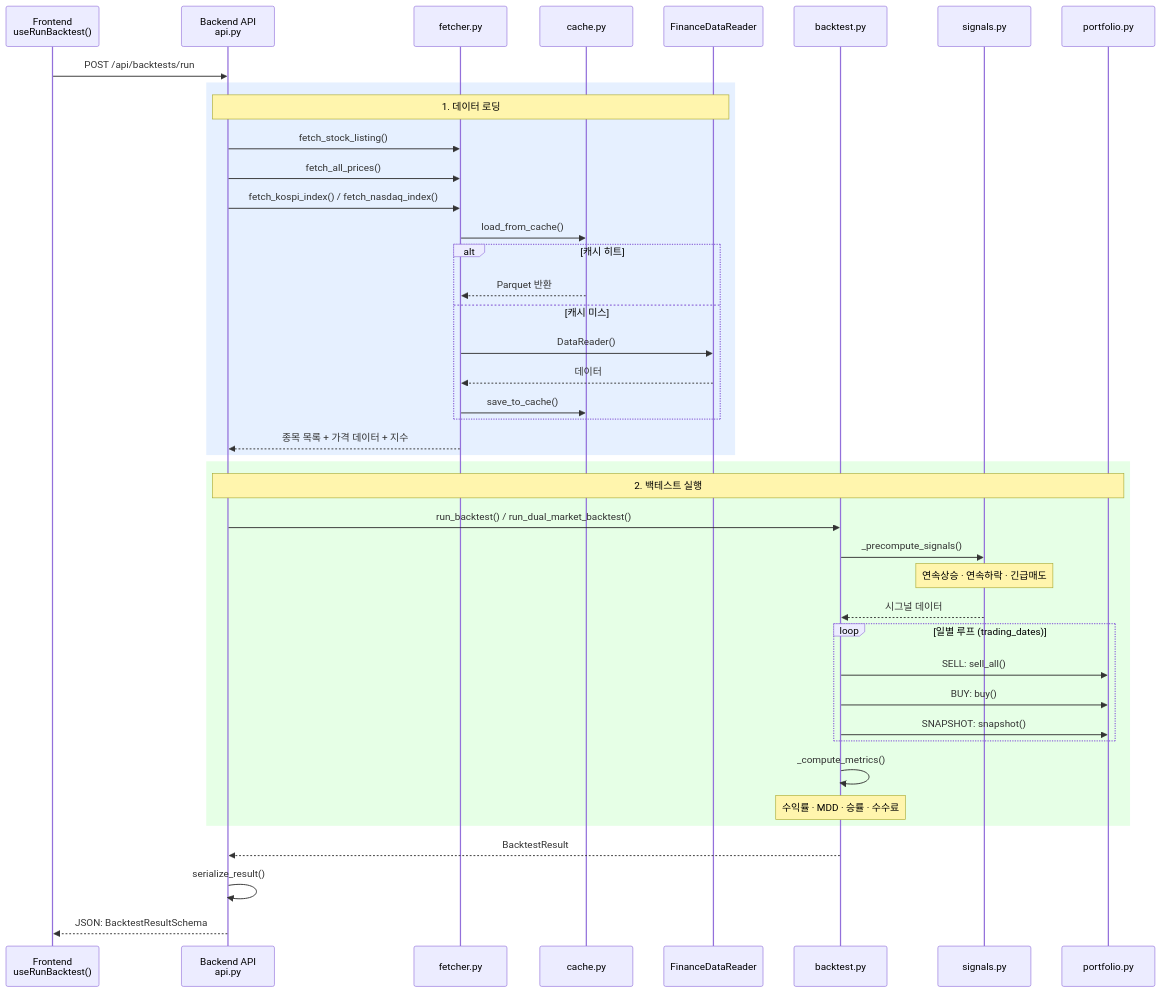
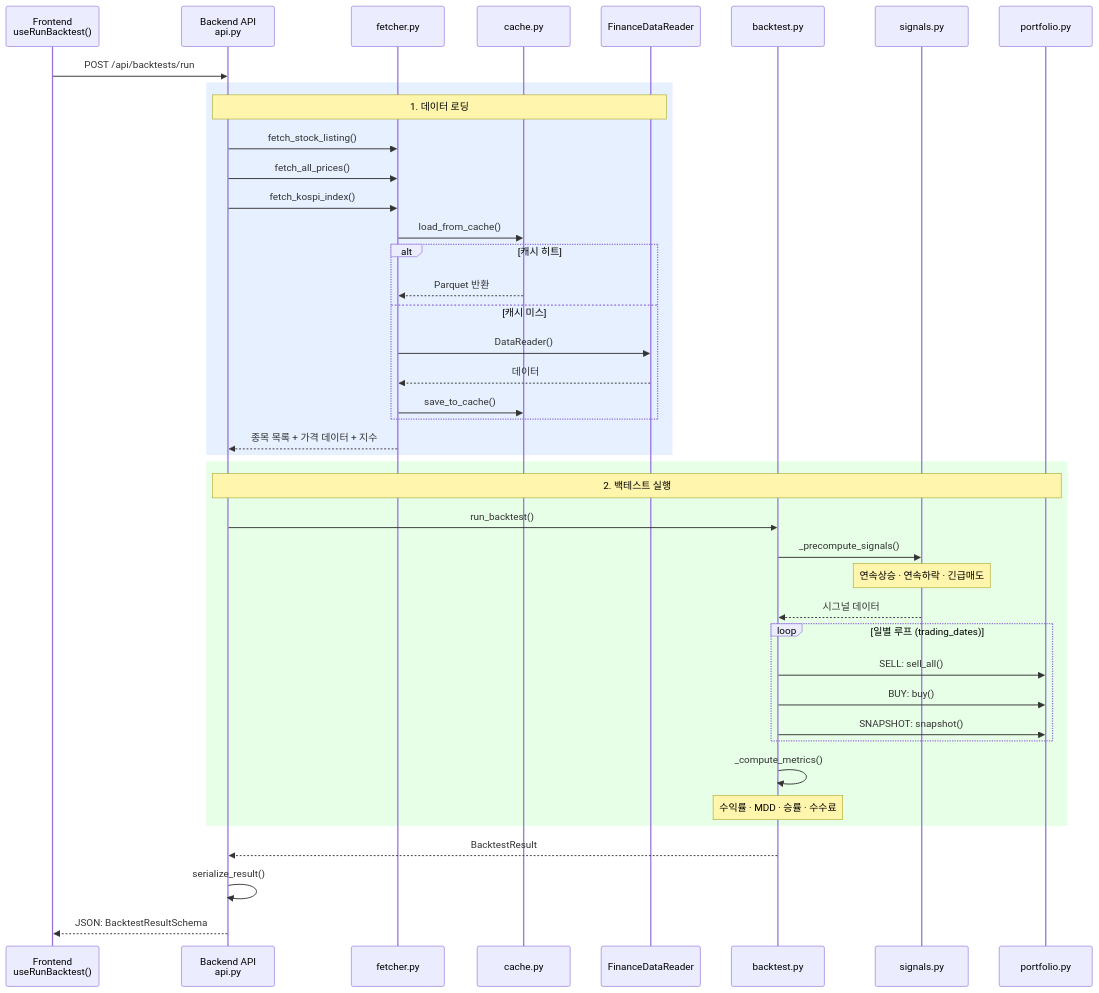
Before and after one commit to lonelywolflee/lw-project-stock-simulator: the second of 2 diagrams in docs/01-architecture.md, drawn with Mermaid. The commit also changed other lines of this file and 5 other files, not shown here.

````diff
--- a/docs/01-architecture.md
+++ b/docs/01-architecture.md
@@ -97,48 +95,48 @@
 ```mermaid
 sequenceDiagram
     participant FE as Frontend<br/>useRunBacktest()
     participant API as Backend API<br/>api.py
     participant Fetcher as fetcher.py
     participant Cache as cache.py
     participant FDR as FinanceDataReader
     participant BT as backtest.py
     participant Sig as signals.py
     participant Port as portfolio.py
 
     FE->>API: POST /api/backtests/run
 
     rect rgb(230, 240, 255)
         Note over API,FDR: 1. 데이터 로딩
         API->>Fetcher: fetch_stock_listing()
         API->>Fetcher: fetch_all_prices()
-        API->>Fetcher: fetch_kospi_index() / fetch_nasdaq_index()
+        API->>Fetcher: fetch_kospi_index()
         Fetcher->>Cache: load_from_cache()
         alt 캐시 히트
             Cache-->>Fetcher: Parquet 반환
         else 캐시 미스
             Fetcher->>FDR: DataReader()
             FDR-->>Fetcher: 데이터
             Fetcher->>Cache: save_to_cache()
         end
         Fetcher-->>API: 종목 목록 + 가격 데이터 + 지수
     end
 
     rect rgb(230, 255, 230)
         Note over API,Port: 2. 백테스트 실행
-        API->>BT: run_backtest() / run_dual_market_backtest()
+        API->>BT: run_backtest()
         BT->>Sig: _precompute_signals()
         Note over Sig: 연속상승 · 연속하락 · 긴급매도
         Sig-->>BT: 시그널 데이터
         loop 일별 루프 (trading_dates)
             BT->>Port: SELL: sell_all()
             BT->>Port: BUY: buy()
             BT->>Port: SNAPSHOT: snapshot()
         end
         BT->>BT: _compute_metrics()
         Note over BT: 수익률 · MDD · 승률 · 수수료
     end
 
     BT-->>API: BacktestResult
     API->>API: serialize_result()
     API-->>FE: JSON: BacktestResultSchema
 ```
````
